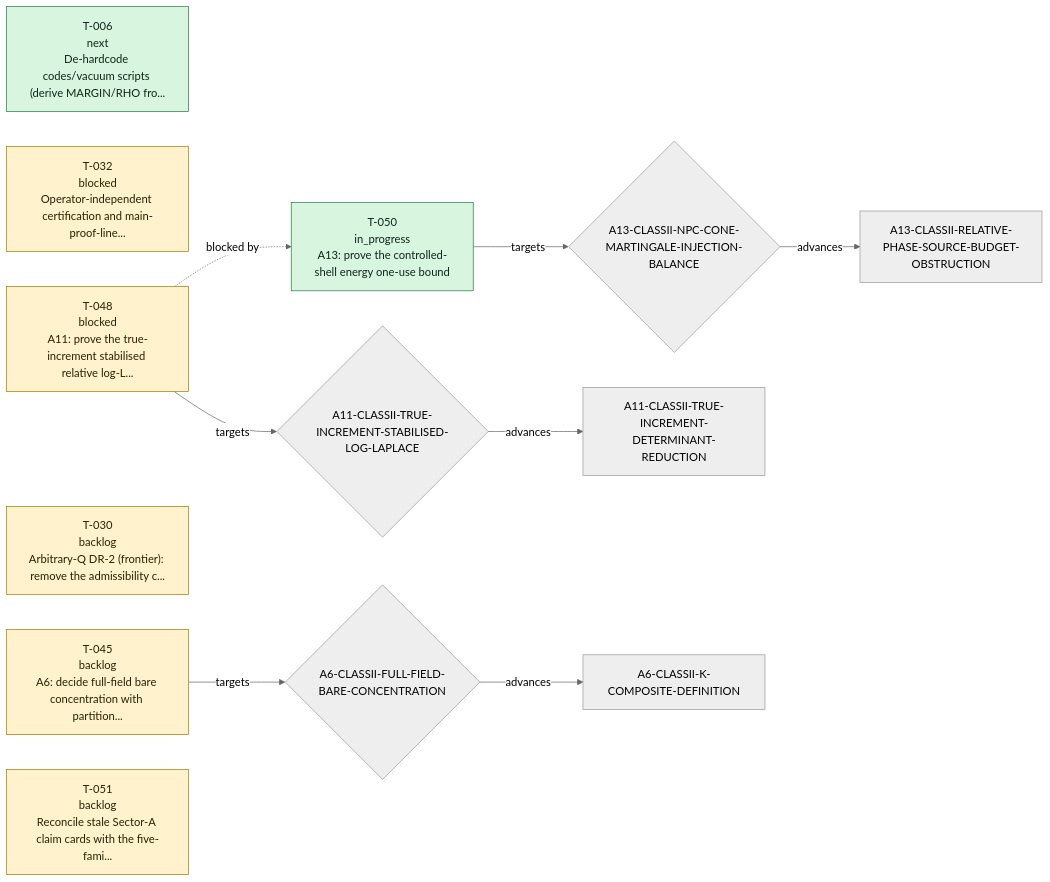
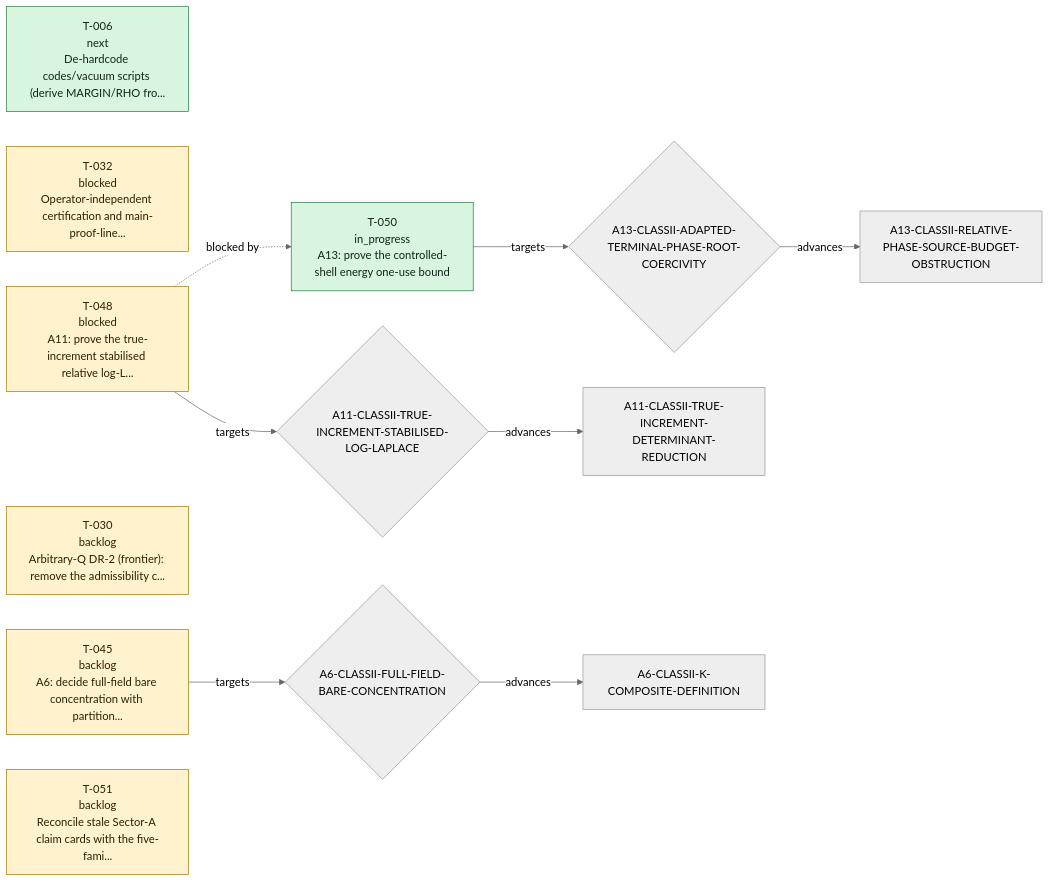
The second of 2 diagrams in theory/proof-evidence-map.md (TECT-OpenPhysics/TECT-Preview), drawn with Mermaid (neutral theme) before and after one commit. The commit also changed other lines of this file and 31 other files, not shown here.

````diff
--- a/theory/proof-evidence-map.md
+++ b/theory/proof-evidence-map.md
@@ -63,27 +63,27 @@
 ```mermaid
 flowchart LR
   N_T_050["T-050<br/>in_progress<br/>A13: prove the controlled-shell energy one-use bound"]
-  N_A13_CLASSII_NPC_CONE_MARTINGALE_INJECTION_BALANCE{"A13-CLASSII-NPC-CONE-MARTINGALE-INJECTION-BALANCE"}
-  N_T_050 -->|targets| N_A13_CLASSII_NPC_CONE_MARTINGALE_INJECTION_BALANCE
+  N_A13_CLASSII_ADAPTED_TERMINAL_PHASE_ROOT_COERCIVITY{"A13-CLASSII-ADAPTED-TERMINAL-PHASE-ROOT-COERCIVITY"}
+  N_T_050 -->|targets| N_A13_CLASSII_ADAPTED_TERMINAL_PHASE_ROOT_COERCIVITY
   N_A13_CLASSII_RELATIVE_PHASE_SOURCE_BUDGET_OBSTRUCTION["A13-CLASSII-RELATIVE-PHASE-SOURCE-BUDGET-OBSTRUCTION"]
-  N_A13_CLASSII_NPC_CONE_MARTINGALE_INJECTION_BALANCE -->|advances| N_A13_CLASSII_RELATIVE_PHASE_SOURCE_BUDGET_OBSTRUCTION
+  N_A13_CLASSII_ADAPTED_TERMINAL_PHASE_ROOT_COERCIVITY -->|advances| N_A13_CLASSII_RELATIVE_PHASE_SOURCE_BUDGET_OBSTRUCTION
   N_T_006["T-006<br/>next<br/>De-hardcode codes/vacuum scripts (derive MARGIN/RHO fro..."]
   N_T_032["T-032<br/>blocked<br/>Operator-independent certification and main-proof-line..."]
   N_T_048["T-048<br/>blocked<br/>A11: prove the true-increment stabilised relative log-L..."]
   N_A11_CLASSII_TRUE_INCREMENT_STABILISED_LOG_LAPLACE{"A11-CLASSII-TRUE-INCREMENT-STABILISED-LOG-LAPLACE"}
   N_T_048 -->|targets| N_A11_CLASSII_TRUE_INCREMENT_STABILISED_LOG_LAPLACE
   N_A11_CLASSII_TRUE_INCREMENT_DETERMINANT_REDUCTION["A11-CLASSII-TRUE-INCREMENT-DETERMINANT-REDUCTION"]
   N_A11_CLASSII_TRUE_INCREMENT_STABILISED_LOG_LAPLACE -->|advances| N_A11_CLASSII_TRUE_INCREMENT_DETERMINANT_REDUCTION
   N_T_048 -. "blocked by" .-> N_T_050
   N_T_030["T-030<br/>backlog<br/>Arbitrary-Q DR-2 (frontier): remove the admissibility c..."]
   N_T_045["T-045<br/>backlog<br/>A6: decide full-field bare concentration with partition..."]
   N_A6_CLASSII_FULL_FIELD_BARE_CONCENTRATION{"A6-CLASSII-FULL-FIELD-BARE-CONCENTRATION"}
   N_T_045 -->|targets| N_A6_CLASSII_FULL_FIELD_BARE_CONCENTRATION
   N_A6_CLASSII_K_COMPOSITE_DEFINITION["A6-CLASSII-K-COMPOSITE-DEFINITION"]
   N_A6_CLASSII_FULL_FIELD_BARE_CONCENTRATION -->|advances| N_A6_CLASSII_K_COMPOSITE_DEFINITION
   N_T_051["T-051<br/>backlog<br/>Reconcile stale Sector-A claim cards with the five-fami..."]
   classDef active fill:#d7f5df,stroke:#257942,color:#102418
   classDef waiting fill:#fff2cc,stroke:#a87900,color:#2a2100
   class N_T_050,N_T_006 active
   class N_T_032,N_T_048,N_T_030,N_T_045,N_T_051 waiting
 ```
````
